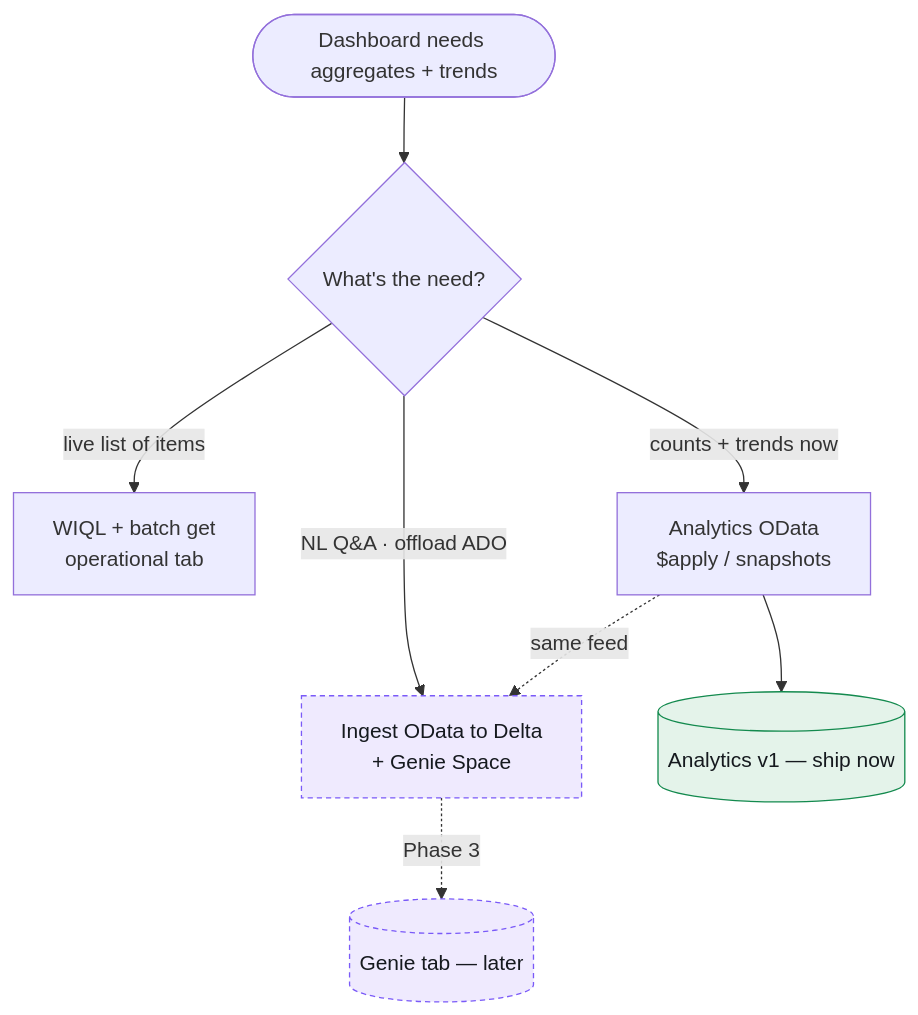
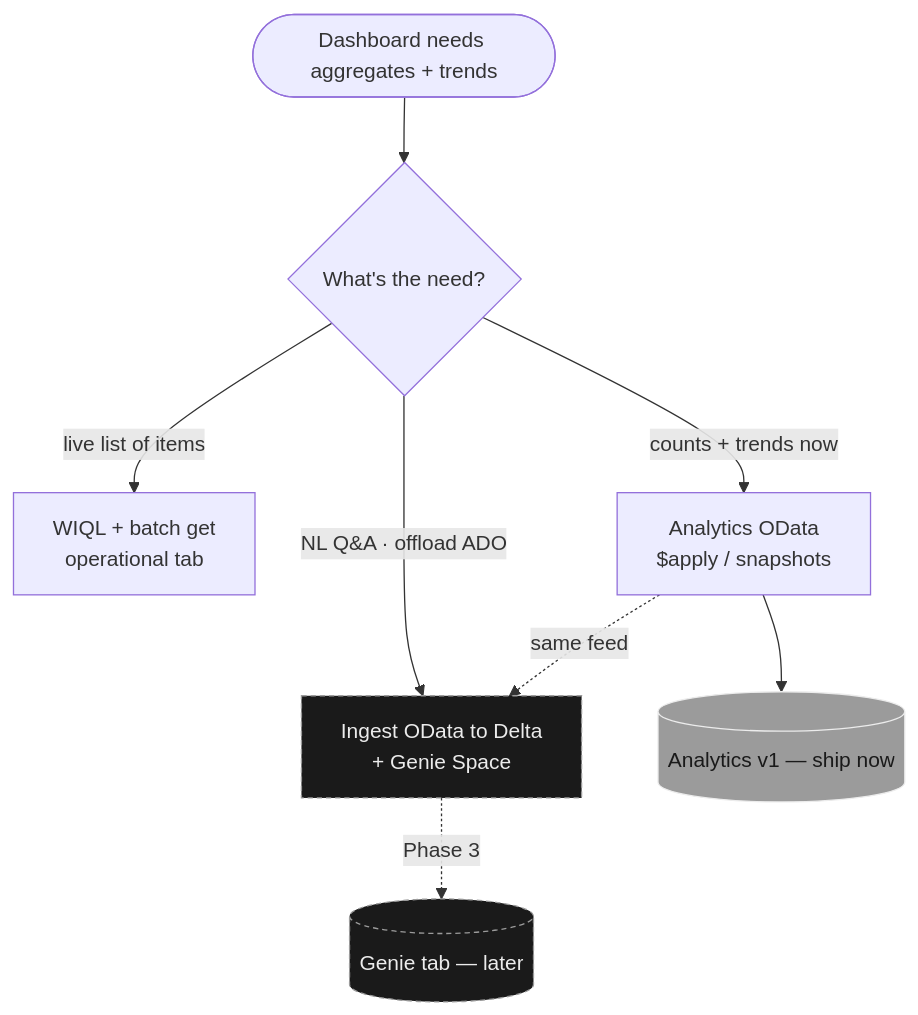
One commit to jpaladini/jpaladini changed the second of 3 diagrams in src/content/blog/ado-analytics-odata.md. Above: the diagram before and after it, drawn with Mermaid. The commit also changed other lines of this file and 7 other files, not shown here.

First line of the commit message:
Fix diagram error, grey diagram palette, home diagram scroll, service dates

````diff
--- a/src/content/blog/ado-analytics-odata.md
+++ b/src/content/blog/ado-analytics-odata.md
@@ -131,14 +131,14 @@
 ```mermaid
 flowchart TD
   START([Dashboard needs aggregates + trends]) --> Q{What's the need?}
   Q -->|live list of items| WIQL[WIQL + batch get<br/>operational tab]
   Q -->|counts + trends now| ODATA[Analytics OData<br/>$apply / snapshots]
   Q -->|NL Q&A · offload ADO| DELTA[Ingest OData to Delta<br/>+ Genie Space]
   ODATA --> PICK[(Analytics v1 — ship now)]
   DELTA -. Phase 3 .-> PICK2[(Genie tab — later)]
   ODATA -. same feed .-> DELTA
-  classDef now fill:#E4F3EA,stroke:#138A4E,color:#15191E;
-  classDef later fill:#EFEAFE,stroke:#7A5AF8,color:#15191E,stroke-dasharray:4 3;
+  classDef now fill:#9b9b9b,stroke:#ececec,color:#1a1a1a;
+  classDef later fill:#1a1a1a,stroke:#9b9b9b,color:#ececec,stroke-dasharray:4 3;
   class PICK now;
   class PICK2,DELTA later;
 ```
````
